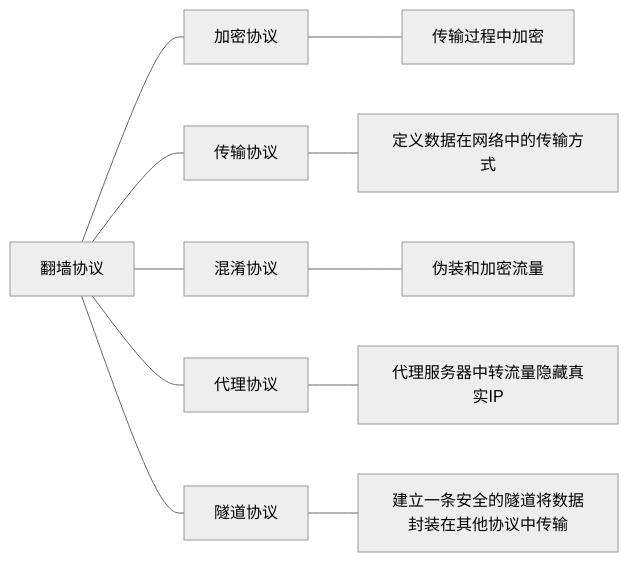
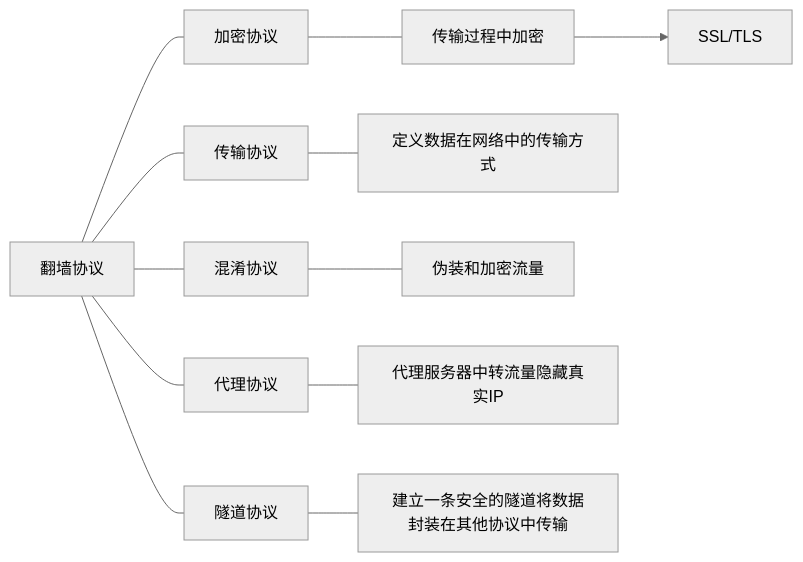
The diagram in content/🛜科学上网/翻墙协议讲解.md (baib-web/flowershow), drawn with Mermaid (neutral theme) before and after one commit. The commit also changed other lines of this file, not shown here.

````diff
--- a/content/🛜科学上网/翻墙协议讲解.md
+++ b/content/🛜科学上网/翻墙协议讲解.md
@@ -9,13 +10,14 @@
 ```mermaid
 flowchart LR
 翻墙协议 --- 加密协议
 加密协议 --- 传输过程中加密
+传输过程中加密 --> SSL/TLS
 翻墙协议 --- 传输协议 
 传输协议 --- 定义数据在网络中的传输方式
 翻墙协议 --- 混淆协议 
 混淆协议 --- 伪装和加密流量
 翻墙协议 --- 代理协议 
 代理协议 --- 代理服务器中转流量隐藏真实IP
 翻墙协议 --- 隧道协议
 隧道协议 --- 建立一条安全的隧道将数据封装在其他协议中传输
 ```
````
